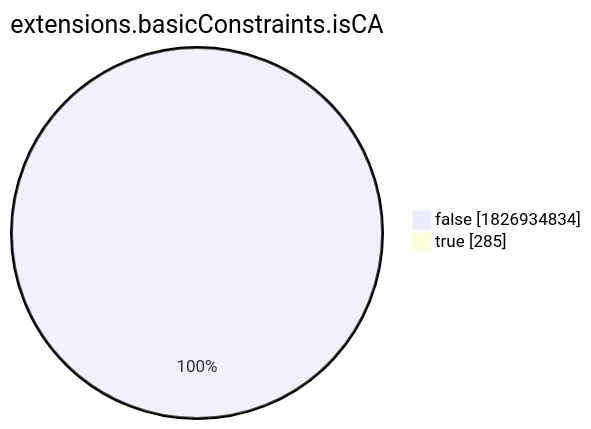
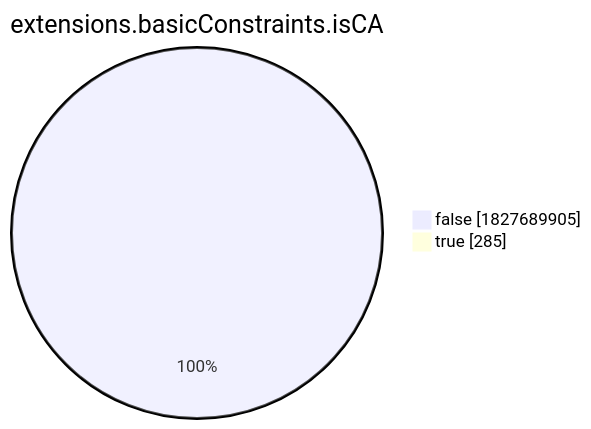
Before and after one commit to christiankrug/ctmonitor_visualization: the eighth of 15 diagrams in xenon2022/README.md, drawn with Mermaid. The commit also changed other lines of this file, not shown here.

````diff
--- a/xenon2022/README.md
+++ b/xenon2022/README.md
@@ -2868,6 +2868,6 @@
 ```mermaid
 pie showData
 title extensions.basicConstraints.isCA
-"false" :1826934834
+"false" :1827689905
 "true" :285
 ```
````
